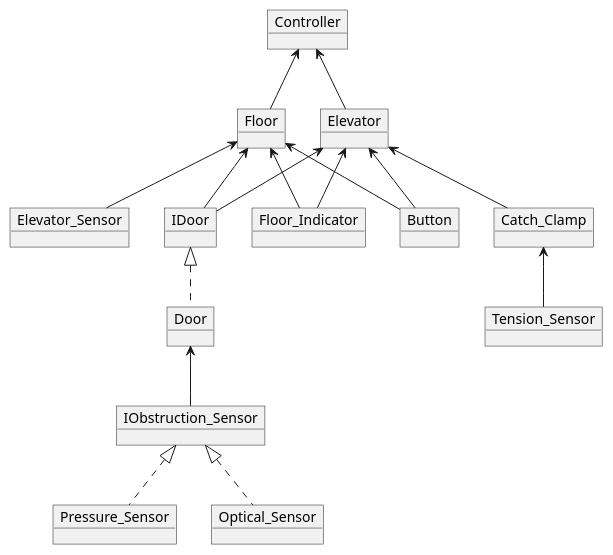
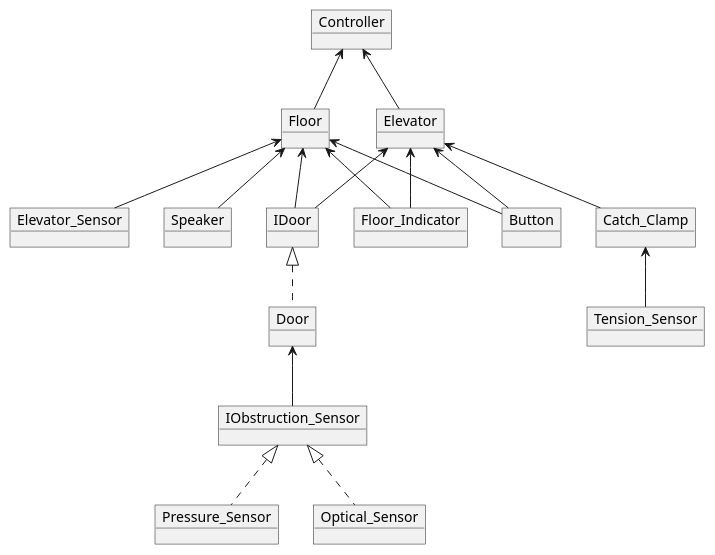
Before and after one commit to MarijnVerschuren/Tech: the diagram in software/design/elevator/object_diagram.puml, drawn with PlantUML. The commit also changed 98 other files, not shown here.

```diff
--- a/software/design/elevator/object_diagram.puml
+++ b/software/design/elevator/object_diagram.puml
@@ -1,32 +1,34 @@
 @startuml
 object Controller
 object Elevator
 object Floor
 object IDoor
 object Door
 object IObstruction_Sensor
 object Pressure_Sensor
 object Optical_Sensor
 object Tension_Sensor
 object Catch_Clamp
 object Floor_Indicator
 object Elevator_Sensor
 object Button
+object Speaker
 
 Controller				<--		Elevator
 Controller				<--		Floor
 Floor					<--		IDoor
 Elevator				<--		IDoor
 IDoor					<|..	Door
 Elevator				<--		Button
 Floor					<--		Button
+Floor					<--		Speaker
 Elevator				<--		Floor_Indicator
 Floor					<--		Floor_Indicator
 Floor					<--		Elevator_Sensor
 Door					<--		IObstruction_Sensor
 IObstruction_Sensor		<|..	Pressure_Sensor
 IObstruction_Sensor		<|..	Optical_Sensor
 Catch_Clamp				<--		Tension_Sensor
 Elevator				<--		Catch_Clamp
 
 @enduml
```
